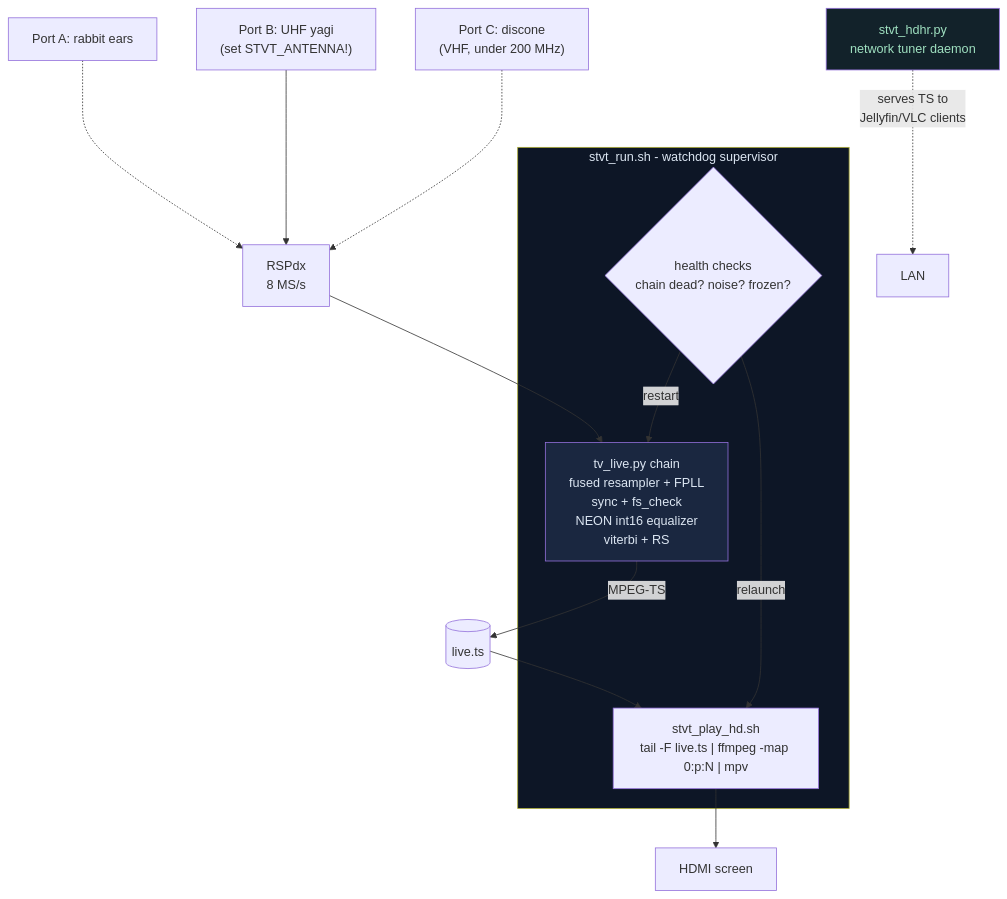
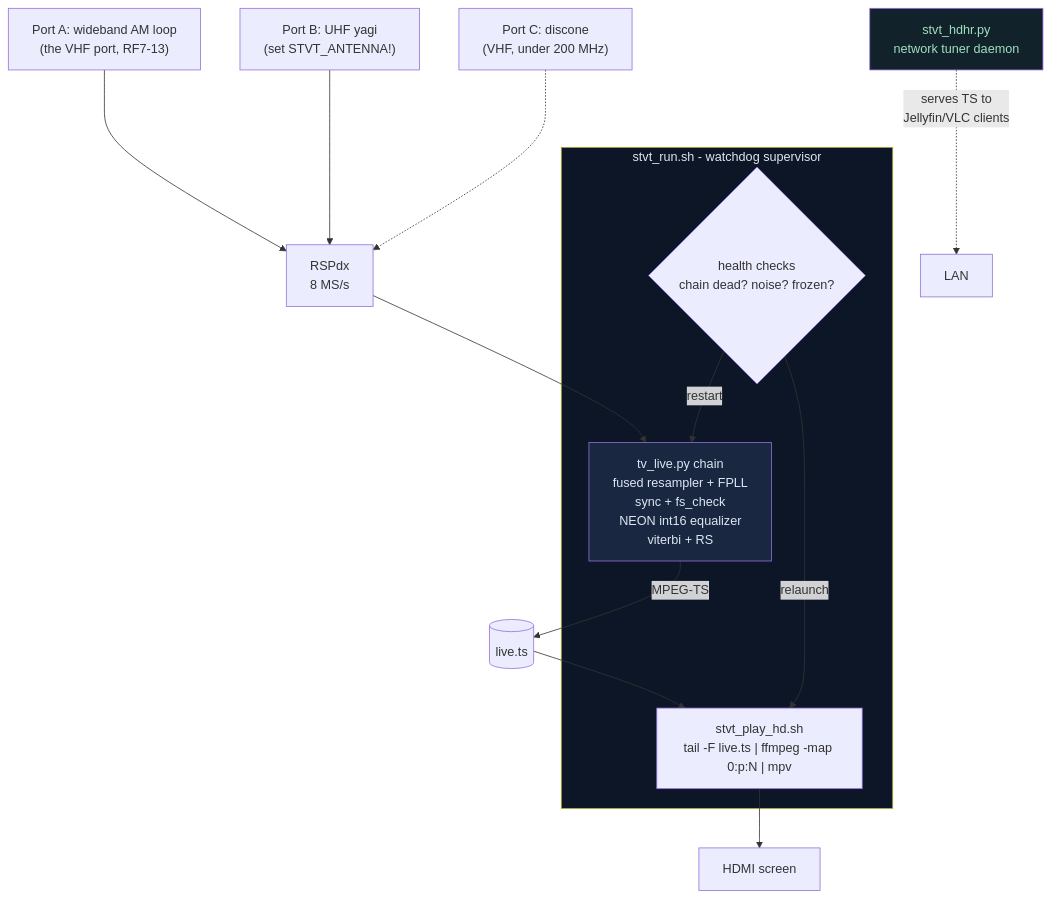
Before and after one commit to Felbs/Software-TV-Tuner: the first of 2 diagrams in docs/PI_ARCHITECTURE.md, drawn with Mermaid. The commit also changed other lines of this file and 1 other file, not shown here.

````diff
--- a/docs/PI_ARCHITECTURE.md
+++ b/docs/PI_ARCHITECTURE.md
@@ -10,26 +10,26 @@
 ```mermaid
 flowchart TD
-  ANT_A["Port A: rabbit ears"] -.-> RSP
+  ANT_A["Port A: wideband AM loop<br/>(the VHF port, RF7-13)"] --> RSP
   ANT_B["Port B: UHF yagi<br/>(set STVT_ANTENNA!)"] --> RSP["RSPdx<br/>8 MS/s"]
   ANT_C["Port C: discone<br/>(VHF, under 200 MHz)"] -.-> RSP
 
   subgraph RUN["stvt_run.sh - watchdog supervisor"
     ]
     CHAIN["tv_live.py chain<br/>fused resampler + FPLL<br/>sync + fs_check<br/>NEON int16 equalizer<br/>viterbi + RS"]
     PLAY["stvt_play_hd.sh<br/>tail -F live.ts | ffmpeg -map 0:p:N | mpv"]
     WD{"health checks<br/>chain dead? noise? frozen?"}
   end
 
   RSP --> CHAIN
   CHAIN -->|"MPEG-TS"| LIVE[("live.ts")]
   LIVE --> PLAY
   PLAY --> SCREEN["HDMI screen"]
   WD -->|restart| CHAIN
   WD -->|relaunch| PLAY
 
   HDHR["stvt_hdhr.py<br/>network tuner daemon"] -.->|"serves TS to<br/>Jellyfin/VLC clients"| NET["LAN"]
 
   style CHAIN fill:#1a2740,color:#dce6f2
   style RUN fill:#0d1626,color:#dce6f2
   style HDHR fill:#12222a,color:#9fe0c0
 ```
````
